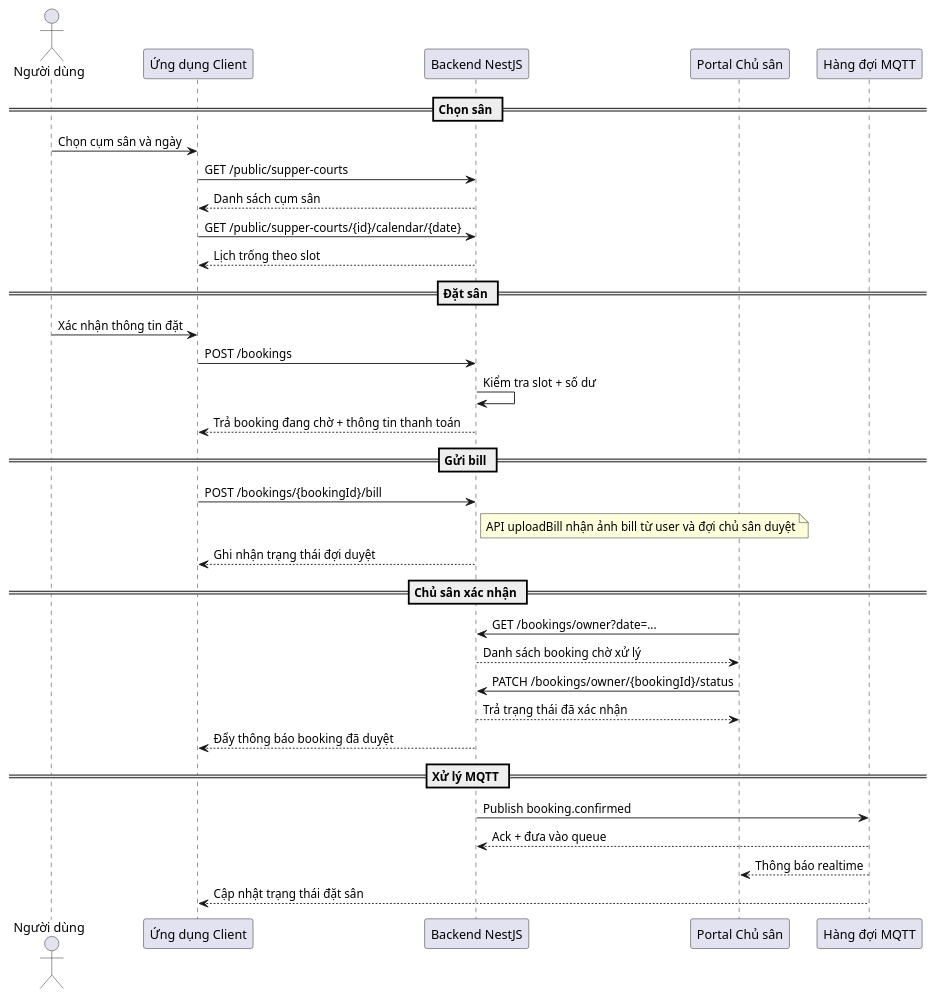
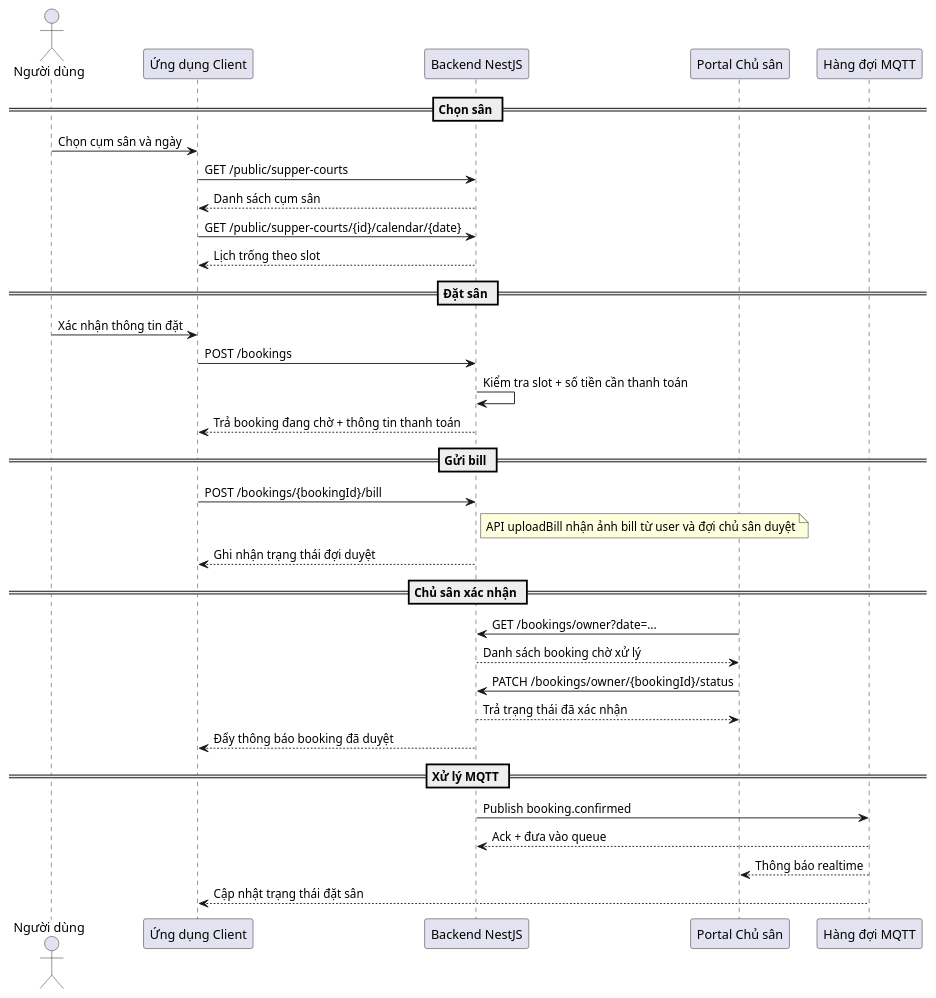
One commit to Hiesu19/Badminton-Hub changed the diagram in code_to_seq/booking_flow_sequence.puml. Above: the diagram before and after it, drawn with PlantUML. The commit also changed 12 other files, not shown here.

```diff
--- a/code_to_seq/booking_flow_sequence.puml
+++ b/code_to_seq/booking_flow_sequence.puml
@@ -1,41 +1,41 @@
 @startuml
 actor "Người dùng" as User
 participant "Ứng dụng Client" as Client
 participant "Backend NestJS" as Backend
 participant "Portal Chủ sân" as OwnerPortal
 participant "Hàng đợi MQTT" as MQTT
 
 == Chọn sân ==
 User -> Client: Chọn cụm sân và ngày
 Client -> Backend: GET /public/supper-courts
 Backend --> Client: Danh sách cụm sân
 Client -> Backend: GET /public/supper-courts/{id}/calendar/{date}
 Backend --> Client: Lịch trống theo slot
 
 == Đặt sân ==
 User -> Client: Xác nhận thông tin đặt
 Client -> Backend: POST /bookings
-Backend -> Backend: Kiểm tra slot + số dư
+Backend -> Backend: Kiểm tra slot + số tiền cần thanh toán
 Backend --> Client: Trả booking đang chờ + thông tin thanh toán
 
 == Gửi bill ==
 Client -> Backend: POST /bookings/{bookingId}/bill
 note right of Backend
     API uploadBill nhận ảnh bill từ user và đợi chủ sân duyệt
 end note
 Backend --> Client: Ghi nhận trạng thái đợi duyệt
 
 == Chủ sân xác nhận ==
 OwnerPortal -> Backend: GET /bookings/owner?date=...
 Backend --> OwnerPortal: Danh sách booking chờ xử lý
 OwnerPortal -> Backend: PATCH /bookings/owner/{bookingId}/status
 Backend --> OwnerPortal: Trả trạng thái đã xác nhận
 Backend --> Client: Đẩy thông báo booking đã duyệt
 
 == Xử lý MQTT ==
 Backend -> MQTT: Publish booking.confirmed
 MQTT --> Backend: Ack + đưa vào queue
 MQTT --> OwnerPortal: Thông báo realtime
 MQTT --> Client: Cập nhật trạng thái đặt sân
 
 @enduml
```
